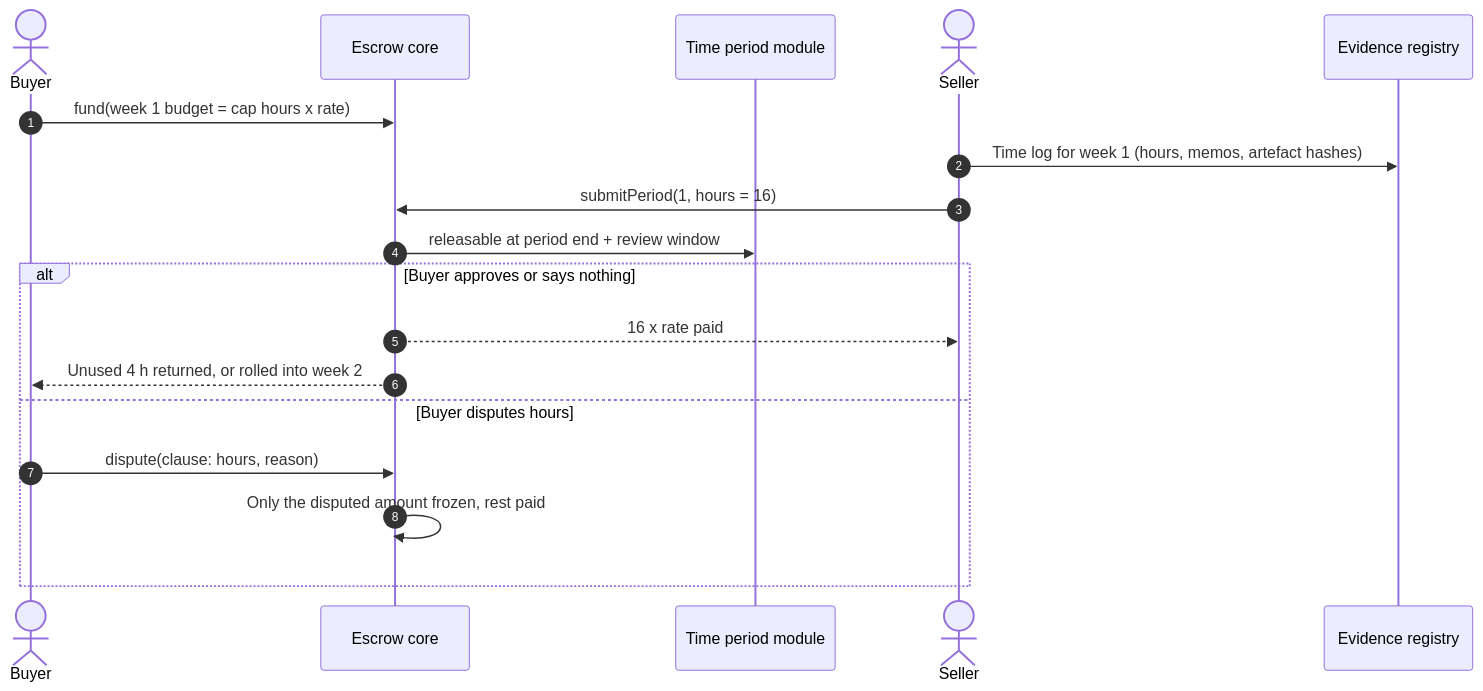
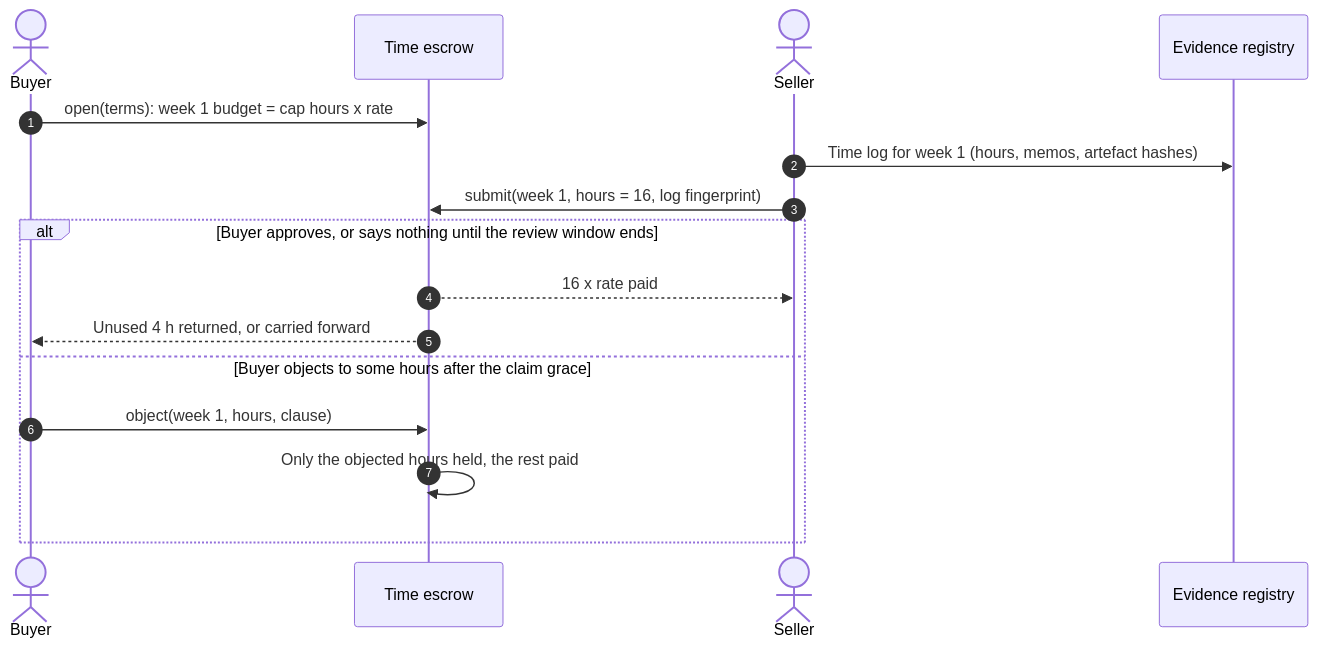
Before and after one commit to Iziedking/Karwan: the third of 4 diagrams in docs/architecture/07-escrow.md, drawn with Mermaid. The commit also changed other lines of this file and 1 other file, not shown here.

Commit message:
docs(architecture): the Time family built, claims then review, silence pays, objections hold only the objected units, the record carries what was paid

````diff
--- a/docs/architecture/07-escrow.md
+++ b/docs/architecture/07-escrow.md
@@ -120,21 +120,19 @@
 ```mermaid
 sequenceDiagram
   autonumber
   actor B as Buyer
-  participant ESC as Escrow core
-  participant TPM as Time period module
+  participant TM as Time escrow
   actor S as Seller
   participant EV as Evidence registry
 
-  B->>ESC: fund(week 1 budget = cap hours x rate)
+  B->>TM: open(terms): week 1 budget = cap hours x rate
   S->>EV: Time log for week 1 (hours, memos, artefact hashes)
-  S->>ESC: submitPeriod(1, hours = 16)
-  ESC->>TPM: releasable at period end + review window
-  alt Buyer approves or says nothing
-    ESC-->>S: 16 x rate paid
-    ESC-->>B: Unused 4 h returned, or rolled into week 2
-  else Buyer disputes hours
-    B->>ESC: dispute(clause: hours, reason)
-    ESC->>ESC: Only the disputed amount frozen, rest paid
+  S->>TM: submit(week 1, hours = 16, log fingerprint)
+  alt Buyer approves, or says nothing until the review window ends
+    TM-->>S: 16 x rate paid
+    TM-->>B: Unused 4 h returned, or carried forward
+  else Buyer objects to some hours after the claim grace
+    B->>TM: object(week 1, hours, clause)
+    TM->>TM: Only the objected hours held, the rest paid
   end
 ```
````
